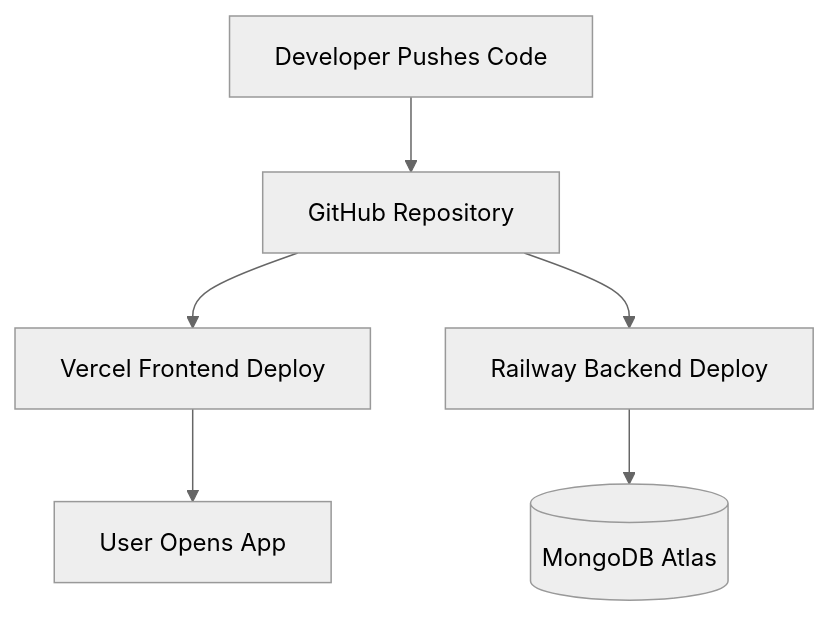
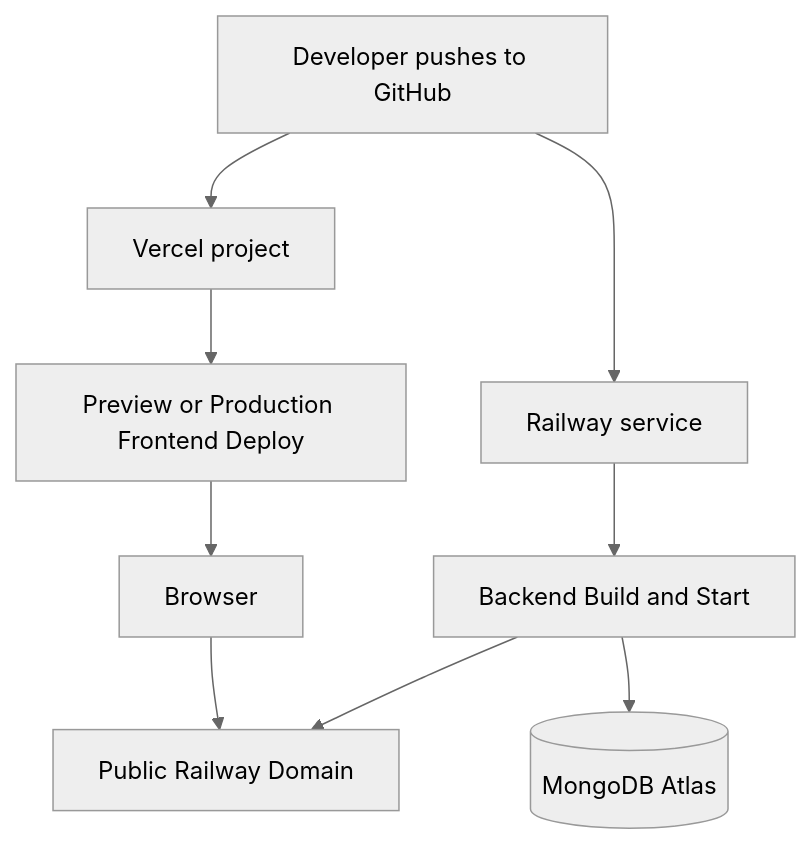
The third of 3 diagrams in README.md (Saurav11343/click-chat), drawn with Mermaid (neutral theme) before and after one commit. The commit also changed other lines of this file, not shown here.

````diff
--- a/README.md
+++ b/README.md
@@ -167,8 +202,11 @@
 ```mermaid
 flowchart TD
-    Dev[Developer Pushes Code] --> GitHub[GitHub Repository]
-    GitHub --> Vercel[Vercel Frontend Deploy]
-    GitHub --> Railway[Railway Backend Deploy]
-    Railway --> MongoDB[(MongoDB Atlas)]
-    Vercel --> User[User Opens App]
+    A[Developer pushes to GitHub] --> B[Vercel project]
+    A --> C[Railway service]
+    B --> D[Preview or Production Frontend Deploy]
+    C --> E[Backend Build and Start]
+    E --> F[Public Railway Domain]
+    E --> G[(MongoDB Atlas)]
+    D --> H[Browser]
+    H --> F
 ```
````
